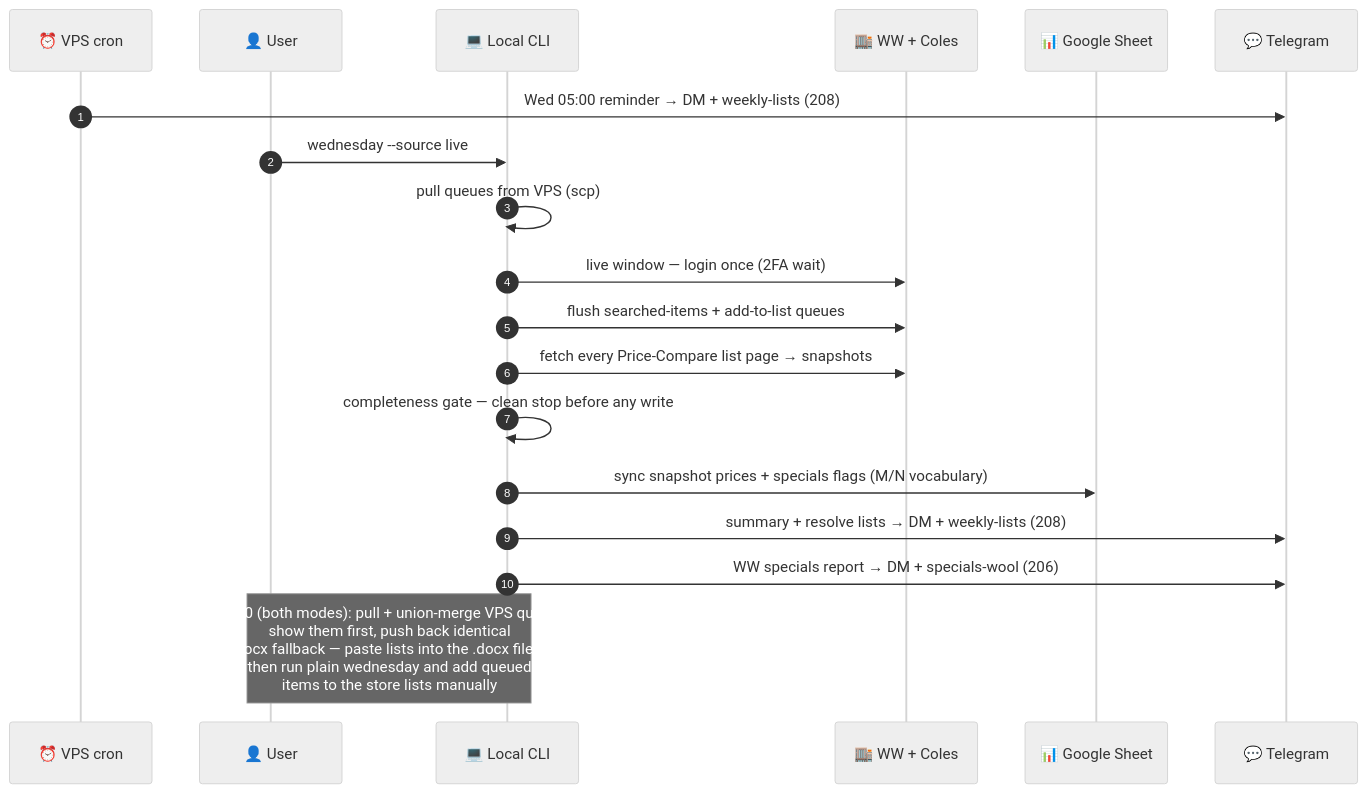
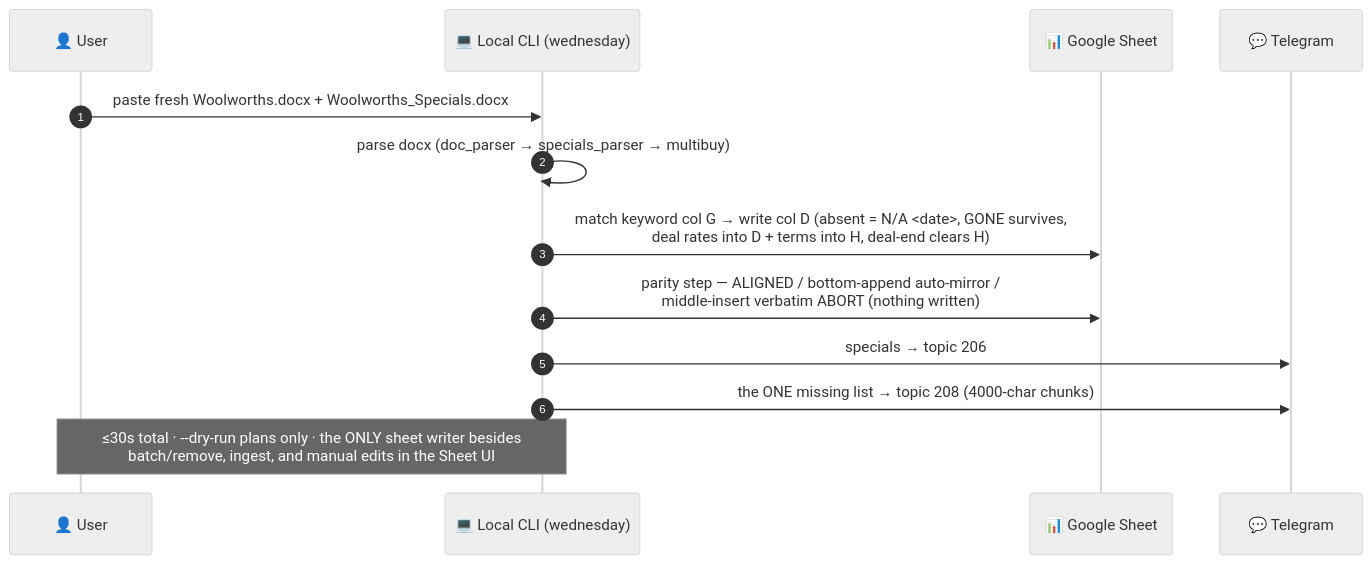
The second of 2 diagrams in README.md (arkind13/grocery-price-tracker), drawn with Mermaid (neutral theme) before and after one commit. The commit also changed other lines of this file and 9 other files, not shown here.

````diff
--- a/README.md
+++ b/README.md
@@ -200,22 +182,16 @@
 ```mermaid
 sequenceDiagram
     autonumber
-    participant C as ⏰ VPS cron
     participant U as 👤 User
-    participant L as 💻 Local CLI
-    participant S as 🏬 WW + Coles
+    participant L as 💻 Local CLI (wednesday)
     participant G as 📊 Google Sheet
     participant T as 💬 Telegram
 
-    C->>T: Wed 05:00 reminder → DM + weekly-lists (208)
-    U->>L: wednesday --source live
-    L->>L: pull queues from VPS (scp)
-    L->>S: live window — login once (2FA wait)
-    L->>S: flush searched-items + add-to-list queues
-    L->>S: fetch every Price-Compare list page → snapshots
-    L->>L: completeness gate — clean stop before any write
-    L->>G: sync snapshot prices + specials flags (M/N vocabulary)
-    L->>T: summary + resolve lists → DM + weekly-lists (208)
-    L->>T: WW specials report → DM + specials-wool (206)
-    Note over U,L: Step 0 (both modes): pull + union-merge VPS queues,<br/>show them first, push back identical<br/>docx fallback — paste lists into the .docx files,<br/>then run plain wednesday and add queued<br/>items to the store lists manually
+    U->>L: paste fresh Woolworths.docx + Woolworths_Specials.docx
+    L->>L: parse docx (doc_parser → specials_parser → multibuy)
+    L->>G: match keyword col G → write col D (absent = N/A <date>, GONE survives,<br/>deal rates into D + terms into H, deal-end clears H)
+    L->>G: parity step — ALIGNED / bottom-append auto-mirror /<br/>middle-insert verbatim ABORT (nothing written)
+    L->>T: specials → topic 206
+    L->>T: the ONE missing list → topic 208 (4000-char chunks)
+    Note over U,L: ≤30s total · --dry-run plans only · the ONLY sheet writer besides<br/>batch/remove, ingest, and manual edits in the Sheet UI
 ```
````
